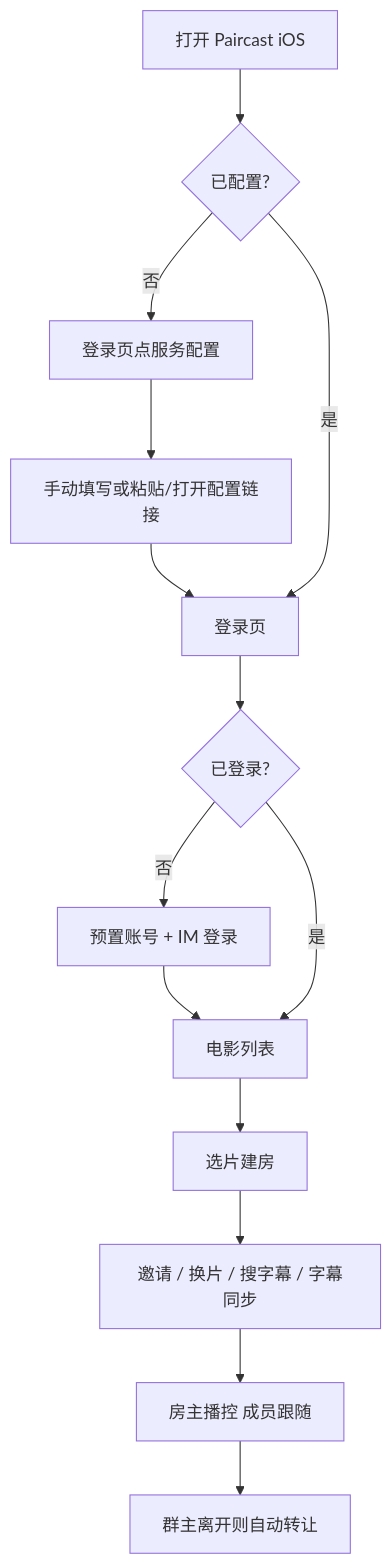
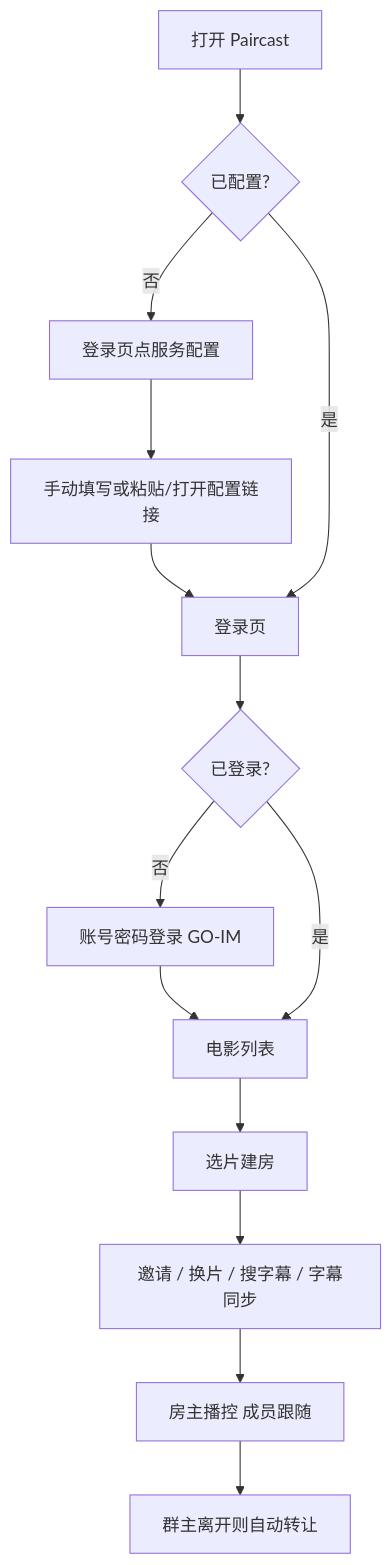
One commit to chaishuanzhu/Paircast changed the diagram in docs/PRD.md. Above: the diagram before and after it, drawn with Mermaid. The commit also changed other lines of this file and 21 other files, not shown here.

````diff
--- a/docs/PRD.md
+++ b/docs/PRD.md
@@ -727,16 +729,16 @@
 ```mermaid
 flowchart TD
-  A[打开 Paircast iOS] --> B{已配置?}
+  A[打开 Paircast] --> B{已配置?}
   B -->|否| C[登录页点服务配置]
   C --> D[手动填写或粘贴/打开配置链接]
   D --> E[登录页]
   B -->|是| E
   E --> F{已登录?}
-  F -->|否| G[预置账号 + IM 登录]
+  F -->|否| G[账号密码登录 GO-IM]
   G --> H[电影列表]
   F -->|是| H
   H --> I[选片建房]
   I --> J[邀请 / 换片 / 搜字幕 / 字幕同步]
   J --> K[房主播控 成员跟随]
   K --> L[群主离开则自动转让]
 ```
````
